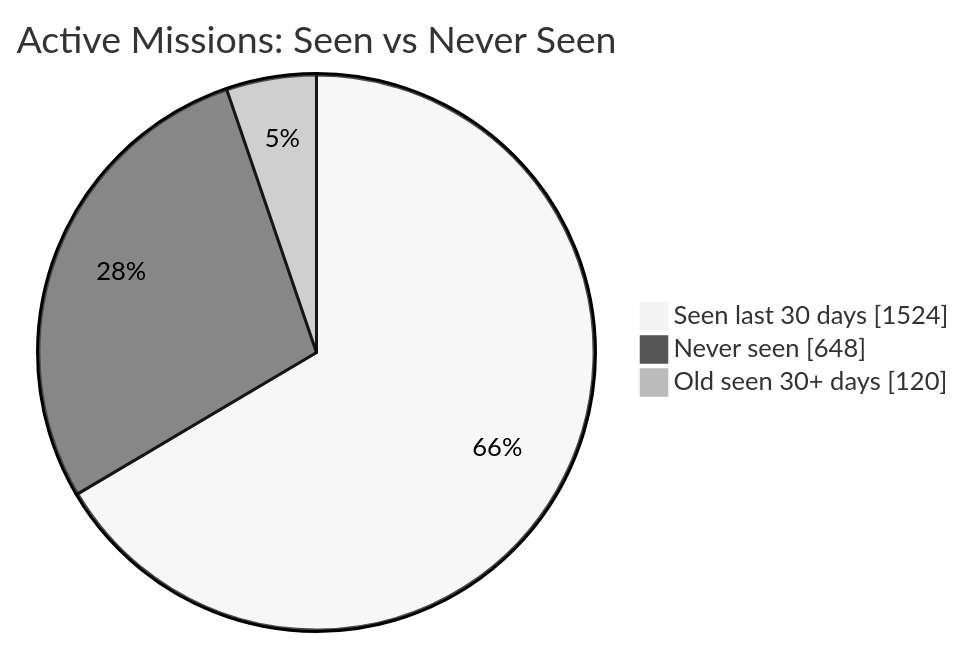
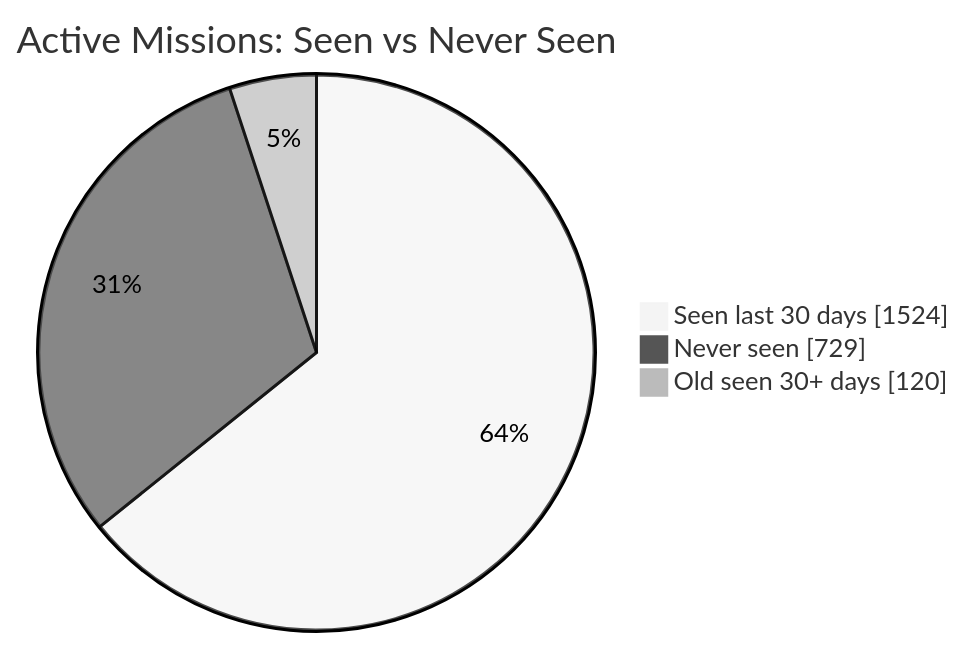
The first of 2 diagrams in README.md (MeldkamerspelGameTeam/active-missions), drawn with Mermaid (neutral theme) before and after one commit. The commit also changed other lines of this file and 4 other files, not shown here.

````diff
--- a/README.md
+++ b/README.md
@@ -34,7 +34,7 @@
 ```mermaid
 pie showData
     title Active Missions: Seen vs Never Seen
     "Seen last 30 days" : 1524
-    "Never seen" : 648
+    "Never seen" : 729
     "Old seen 30+ days" : 120
 ```
````
